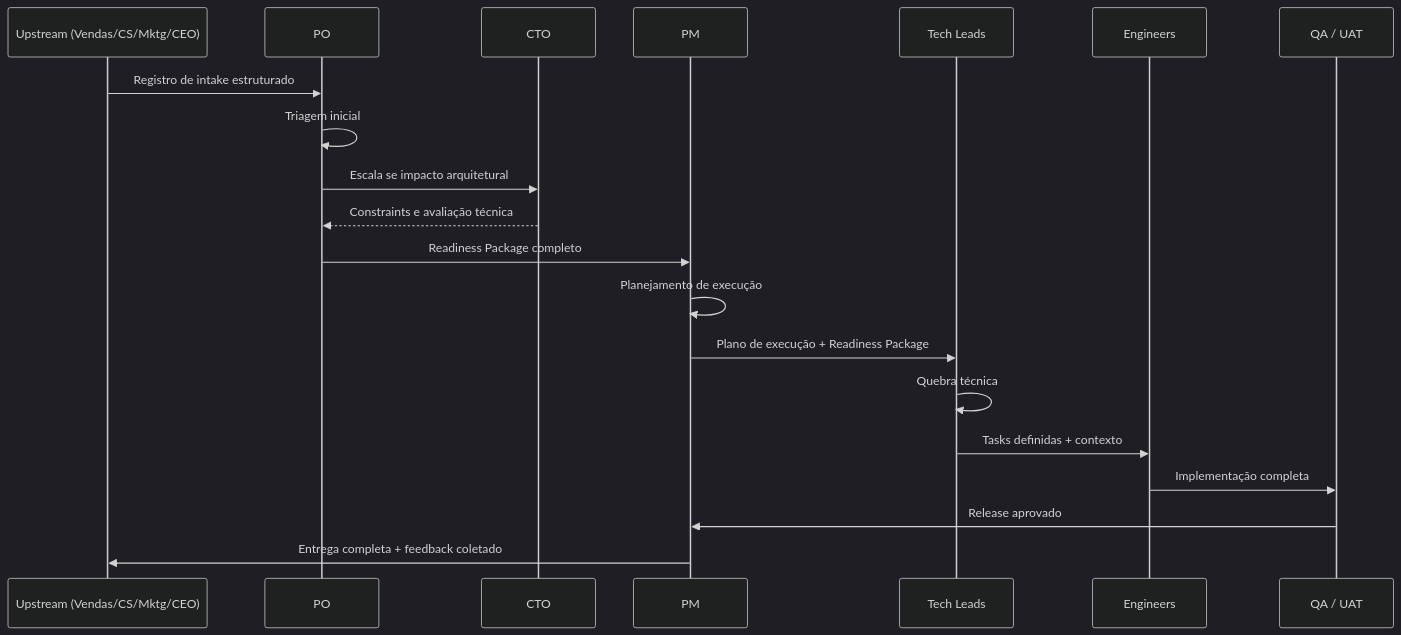
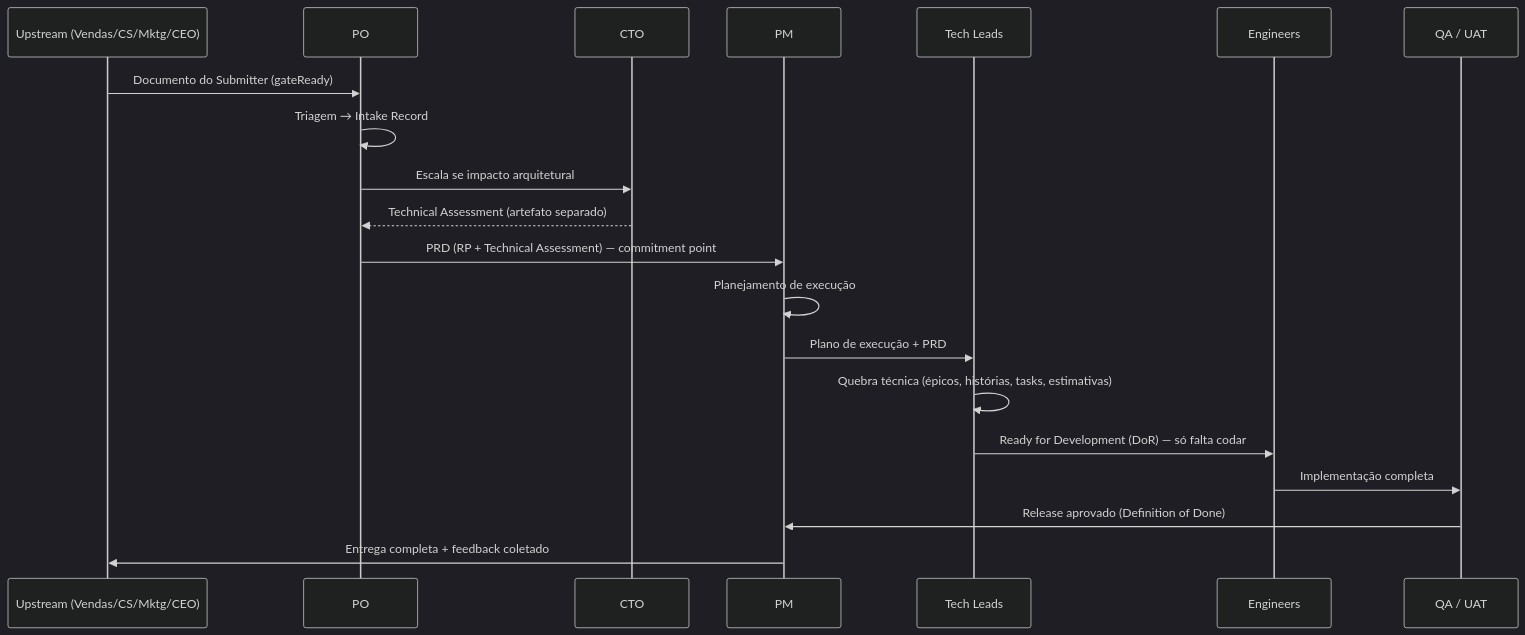
One commit to hugo-hsbtech/teamwork-process changed the second of 2 diagrams in 02-happy-path.md. Above: the diagram before and after it, drawn with Mermaid (dark theme). The commit also changed other lines of this file and 77 other files, not shown here.

First line of the commit message:
Restructure intake layer: separate Submitter brief from PO intake record (#3)

````diff
--- a/02-happy-path.md
+++ b/02-happy-path.md
@@ -299,23 +299,23 @@
 ```mermaid
 sequenceDiagram
     participant UP as Upstream (Vendas/CS/Mktg/CEO)
     participant PO as PO
     participant CTO as CTO
     participant PM as PM
     participant TL as Tech Leads
     participant ENG as Engineers
     participant QA as QA / UAT
 
-    UP->>PO: Registro de intake estruturado
-    PO->>PO: Triagem inicial
+    UP->>PO: Documento do Submitter (gateReady)
+    PO->>PO: Triagem → Intake Record
     PO->>CTO: Escala se impacto arquitetural
-    CTO-->>PO: Constraints e avaliação técnica
-    PO->>PM: Readiness Package completo
+    CTO-->>PO: Technical Assessment (artefato separado)
+    PO->>PM: PRD (RP + Technical Assessment) — commitment point
     PM->>PM: Planejamento de execução
-    PM->>TL: Plano de execução + Readiness Package
-    TL->>TL: Quebra técnica
-    TL->>ENG: Tasks definidas + contexto
+    PM->>TL: Plano de execução + PRD
+    TL->>TL: Quebra técnica (épicos, histórias, tasks, estimativas)
+    TL->>ENG: Ready for Development (DoR) — só falta codar
     ENG->>QA: Implementação completa
-    QA->>PM: Release aprovado
+    QA->>PM: Release aprovado (Definition of Done)
     PM->>UP: Entrega completa + feedback coletado
 ```
````
